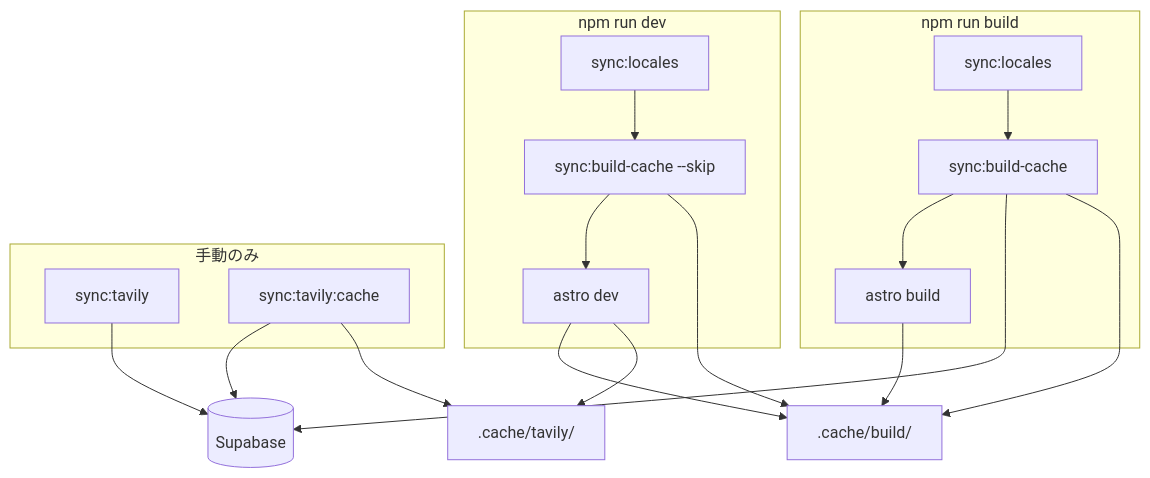
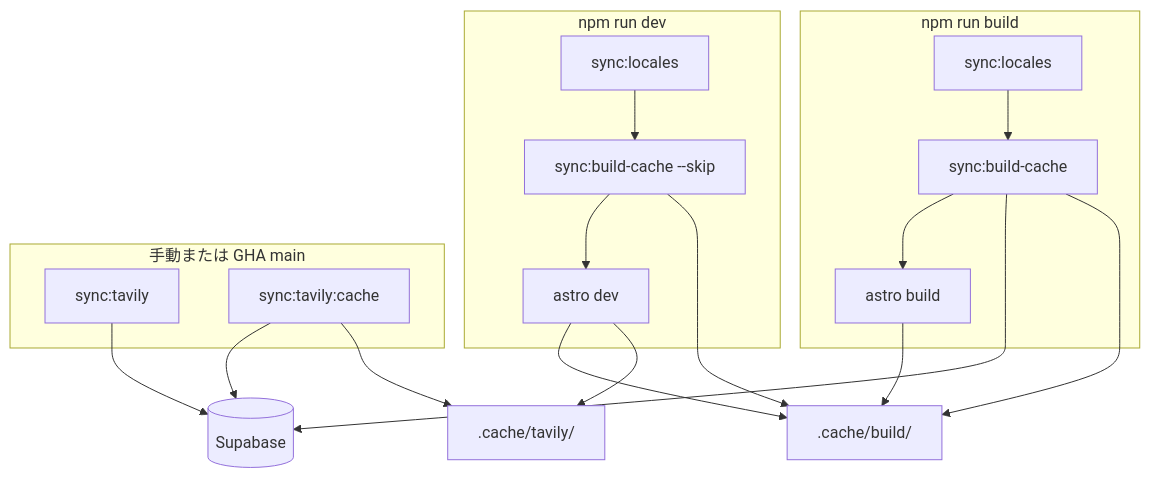
The diagram in docs/BUILD_AND_SYNC.md (shumizu418128/gbbinfo4.0), drawn with Mermaid before and after one commit. The commit also changed other lines of this file and 10 other files, not shown here.

````diff
--- a/docs/BUILD_AND_SYNC.md
+++ b/docs/BUILD_AND_SYNC.md
@@ -7,31 +7,31 @@
 ```mermaid
 flowchart TB
   subgraph devFlow [npm run dev]
     L1[sync:locales]
     B1["sync:build-cache --skip"]
     D[astro dev]
     L1 --> B1 --> D
   end
 
   subgraph buildFlow [npm run build]
     L2[sync:locales]
     B2[sync:build-cache]
     A[astro build]
     L2 --> B2 --> A
   end
 
-  subgraph manual [手動のみ]
+  subgraph manual [手動または GHA main]
     T1[sync:tavily]
     T2[sync:tavily:cache]
   end
 
   B2 --> Supabase[(Supabase)]
   T1 --> Supabase
   T2 --> Supabase
   B1 --> CacheBuild[".cache/build/"]
   B2 --> CacheBuild
   T2 --> CacheTavily[".cache/tavily/"]
   A --> CacheBuild
   D --> CacheBuild
   D --> CacheTavily
 ```
````
